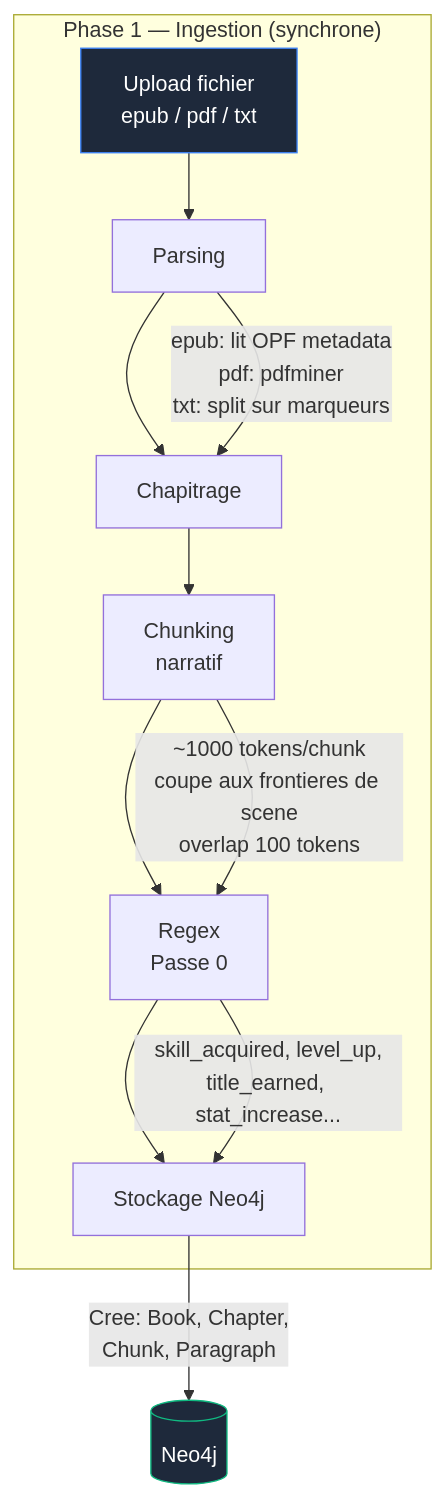
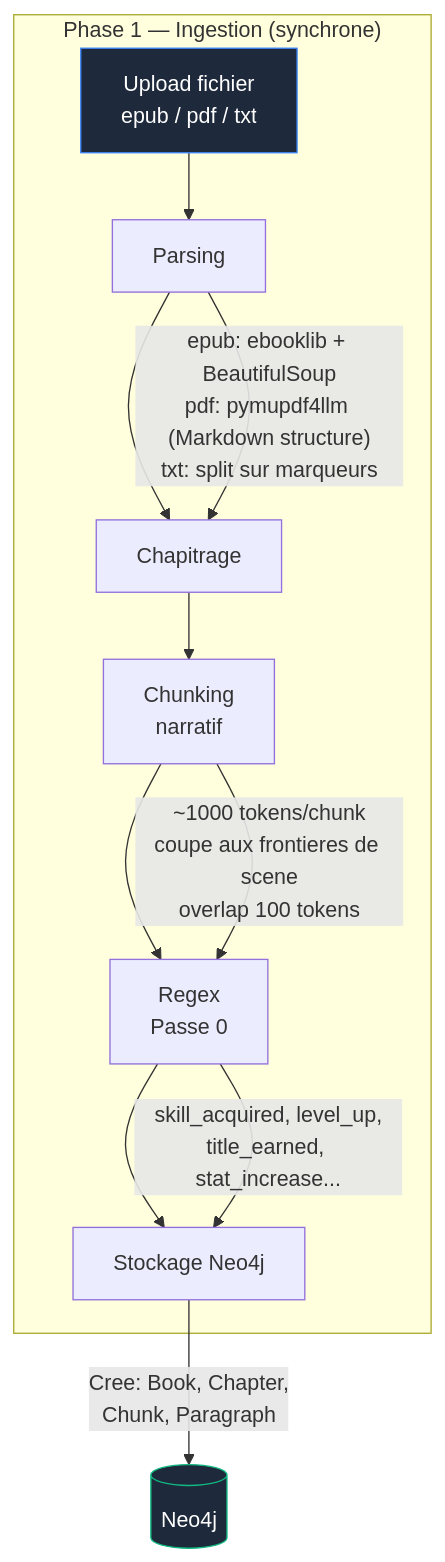
The second of 11 diagrams in docs/architecture/extraction-pipeline.md (xairon/WorldRAG), drawn with Mermaid before and after one commit. The commit also changed other lines of this file, not shown here.

Commit message:
feat: upgrade PDF parsing to pymupdf4llm + update architecture doc with per-format parsing details

````diff
--- a/docs/architecture/extraction-pipeline.md
+++ b/docs/architecture/extraction-pipeline.md
@@ -58,18 +58,18 @@
 ```mermaid
 graph TD
     subgraph "Phase 1 — Ingestion (synchrone)"
         A[Upload fichier<br>epub / pdf / txt] --> B[Parsing]
         B --> C[Chapitrage]
         C --> D[Chunking<br>narratif]
         D --> E[Regex<br>Passe 0]
         E --> F[Stockage Neo4j]
     end
 
-    B -->|"epub: lit OPF metadata<br>pdf: pdfminer<br>txt: split sur marqueurs"| C
+    B -->|"epub: ebooklib + BeautifulSoup<br>pdf: pymupdf4llm (Markdown structure)<br>txt: split sur marqueurs"| C
     D -->|"~1000 tokens/chunk<br>coupe aux frontieres de scene<br>overlap 100 tokens"| E
     E -->|"skill_acquired, level_up,<br>title_earned, stat_increase..."| F
     F -->|"Cree: Book, Chapter,<br>Chunk, Paragraph"| G[(Neo4j)]
 
     style A fill:#1e293b,stroke:#3b82f6,color:#fff
     style G fill:#1e293b,stroke:#10b981,color:#fff
 ```
````
